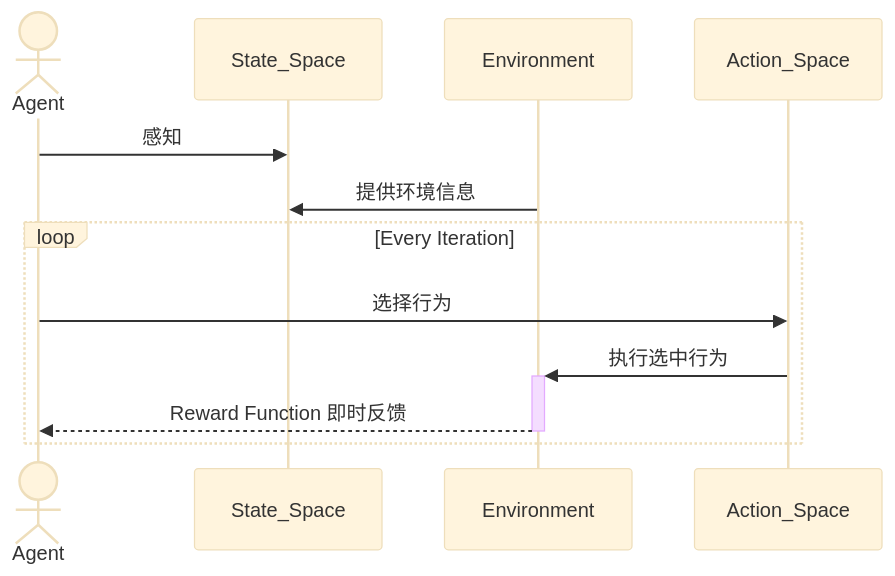
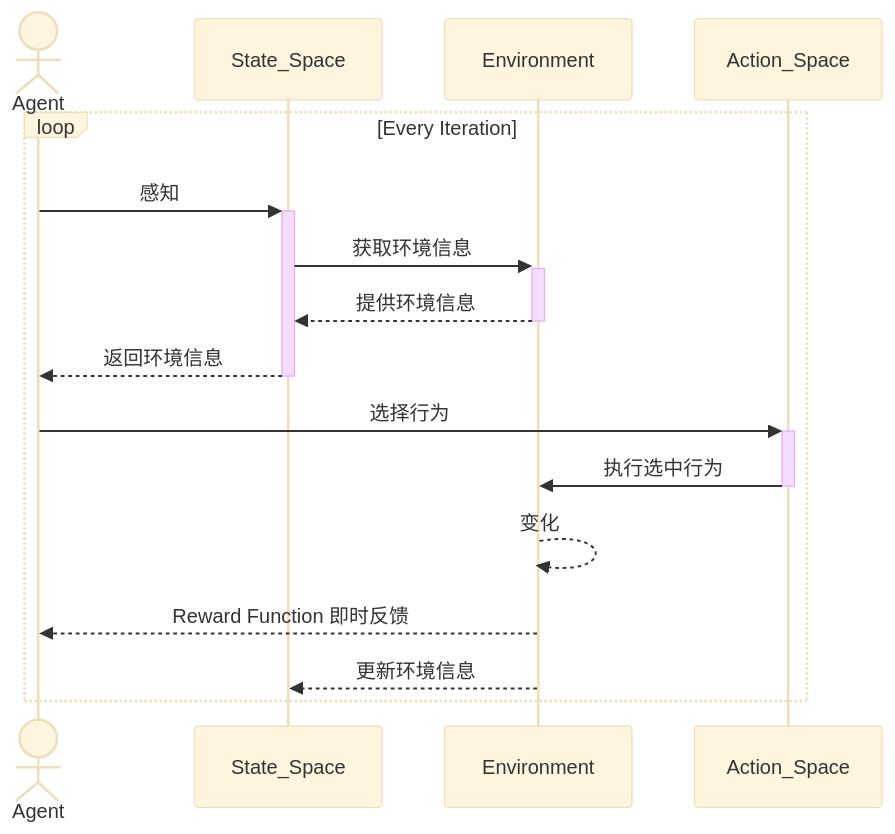
The diagram in Machine Learning/Reinforcement Learning/Brief Introduction.md (NeonHo/CSMLNotebook), drawn with Mermaid (base theme) before and after one commit.

Commit message:
vault backup: 2025-02-23 11:16:58
Affected files:
Machine Learning/Reinforcement Learning/Brief Introduction.md

````diff
--- a/Machine Learning/Reinforcement Learning/Brief Introduction.md
+++ b/Machine Learning/Reinforcement Learning/Brief Introduction.md
@@ -2,12 +2,15 @@
 ```mermaid
 sequenceDiagram
 	actor Agent
-    Agent->>State_Space: 感知
-    Environment->>State_Space: 提供环境信息
     loop Every Iteration
-		Agent->>Action_Space: 选择行为
-		Action_Space->>+Environment: 执行选中行为	
-	    Environment-->>-Agent: Reward Function 即时反馈
-	    
+	    Agent->>+State_Space: 感知
+	    State_Space->>+Environment: 获取环境信息
+	    Environment-->>-State_Space: 提供环境信息
+	    State_Space-->>-Agent: 返回环境信息
+		Agent->>+Action_Space: 选择行为
+		Action_Space->>-Environment: 执行选中行为	
+		Environment-->>Environment: 变化
+	    Environment-->>Agent: Reward Function 即时反馈
+	    Environment-->>State_Space: 更新环境信息
     end
 ```
````
